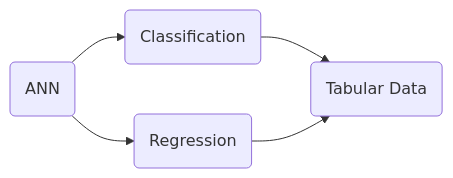
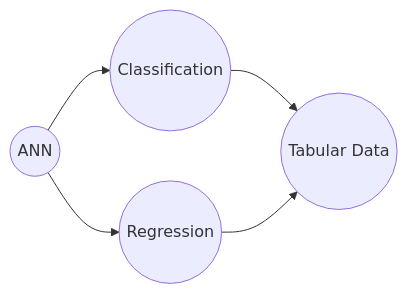
One commit to Arannamoy-Mondal/NLP-MLOPS changed the diagram in DL/ANN.md. Above: the diagram before and after it, drawn with Mermaid. The commit also changed other lines of this file, not shown here.

Commit message:
upd:ANN.md

````diff
--- a/DL/ANN.md
+++ b/DL/ANN.md
@@ -1,7 +1,7 @@
 ```mermaid
 graph LR;
-    A(ANN) --> B(Classification)
-    A(ANN) --> C(Regression)
-    B(Classification) --> D(Tabular Data)
-    C(Regression) --> D(Tabular Data)
+    A((ANN)) --> B((Classification))
+    A((ANN)) --> C((Regression))
+    B((Classification)) --> D((Tabular Data))
+    C((Regression)) --> D((Tabular Data))
 ```
````
